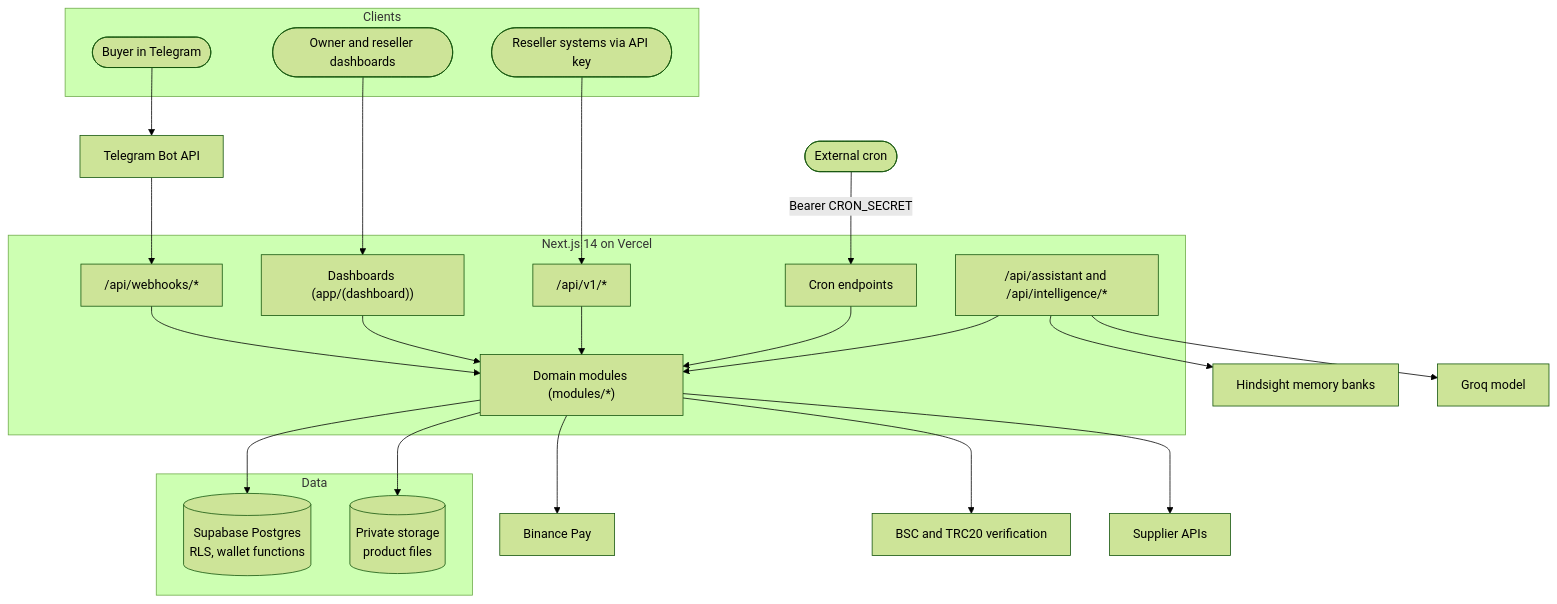
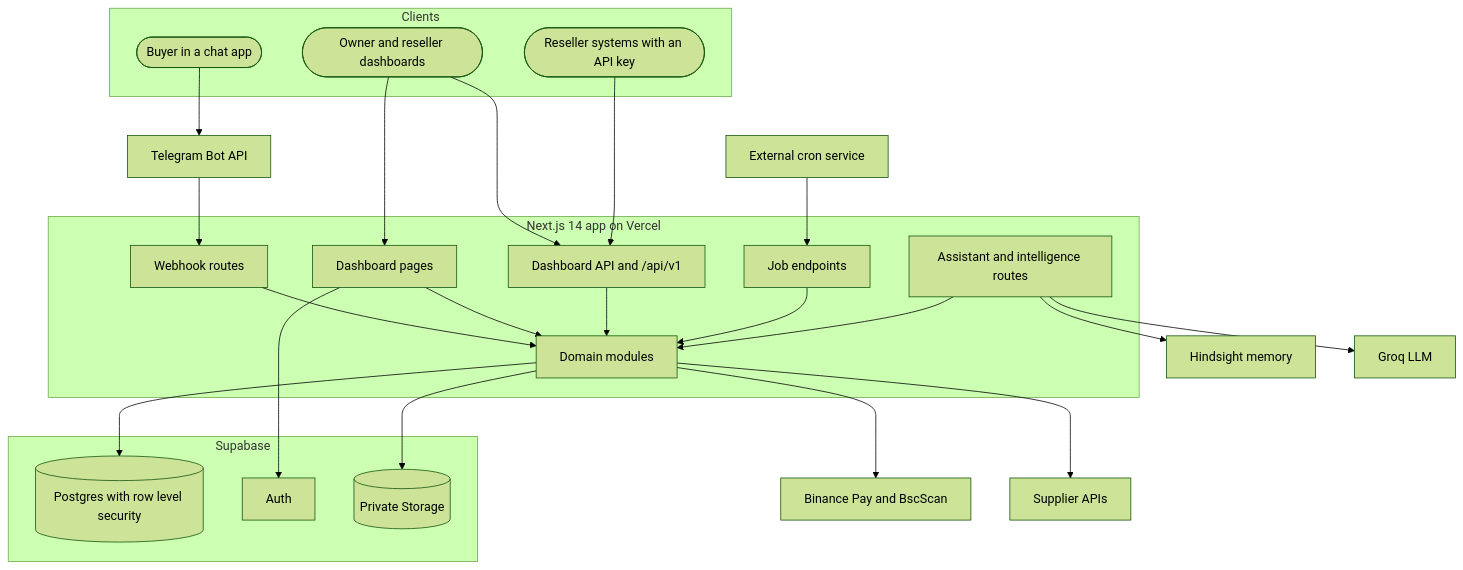
The first of 6 diagrams in ARCHITECTURE.md (Kush-u/AfterBuy-OS), drawn with Mermaid (forest theme) before and after one commit. The commit also changed other lines of this file and 9 other files, not shown here.

Commit message:
docs: add AfterBuy README, architecture, innovation, business and demo guides

````diff
--- a/ARCHITECTURE.md
+++ b/ARCHITECTURE.md
@@ -17,39 +19,41 @@
 ```mermaid
 flowchart TB
   subgraph Clients
-    buyer([Buyer in Telegram])
-    staff([Owner and reseller dashboards])
-    ext([Reseller systems via API key])
+    buyer(["Buyer in a chat app"])
+    dash(["Owner and reseller dashboards"])
+    ext(["Reseller systems with an API key"])
   end
 
-  subgraph App["Next.js 14 on Vercel"]
-    webhook["/api/webhooks/*"]
-    dash["Dashboards (app/(dashboard))"]
-    v1["/api/v1/*"]
-    cronapi["Cron endpoints"]
-    assistant["/api/assistant and /api/intelligence/*"]
-    modules["Domain modules (modules/*)"]
+  subgraph Vercel["Next.js 14 app on Vercel"]
+    webhook["Webhook routes"]
+    pages["Dashboard pages"]
+    api["Dashboard API and /api/v1"]
+    cronapi["Job endpoints"]
+    assistant["Assistant and intelligence routes"]
+    modules["Domain modules"]
   end
 
-  subgraph Data
-    pg[(Supabase Postgres<br/>RLS, wallet functions)]
-    store[(Private storage<br/>product files)]
+  subgraph Supabase
+    pg[("Postgres with row level security")]
+    auth["Auth"]
+    store[("Private Storage")]
   end
 
-  buyer --> tgapi[Telegram Bot API] --> webhook
-  staff --> dash
-  ext --> v1
+  buyer --> tg["Telegram Bot API"] --> webhook
+  dash --> pages
+  dash --> api
+  ext --> api
   webhook --> modules
-  dash --> modules
-  v1 --> modules
+  pages --> modules
+  api --> modules
   cronapi --> modules
   assistant --> modules
   modules --> pg
   modules --> store
-  modules --> bin[Binance Pay]
-  modules --> bsc[BSC and TRC20 verification]
-  modules --> sup[Supplier APIs]
-  assistant --> hind[Hindsight memory banks]
-  assistant --> groq[Groq model]
-  scheduler([External cron]) -->|Bearer CRON_SECRET| cronapi
+  pages --> auth
+  modules --> pay["Binance Pay and BscScan"]
+  modules --> sup["Supplier APIs"]
+  assistant --> mem["Hindsight memory"]
+  assistant --> llm["Groq LLM"]
+  cron["External cron service"] --> cronapi
 ```
````
